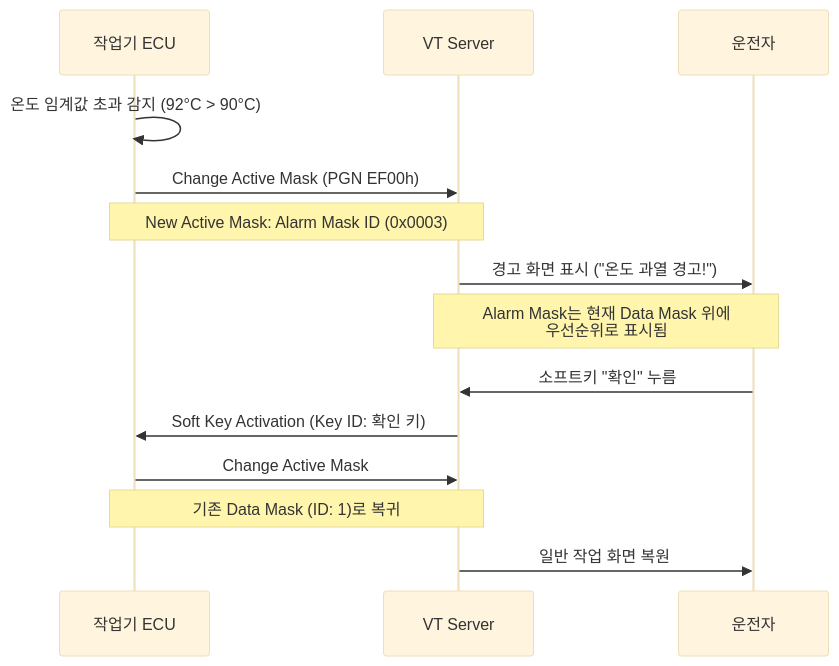
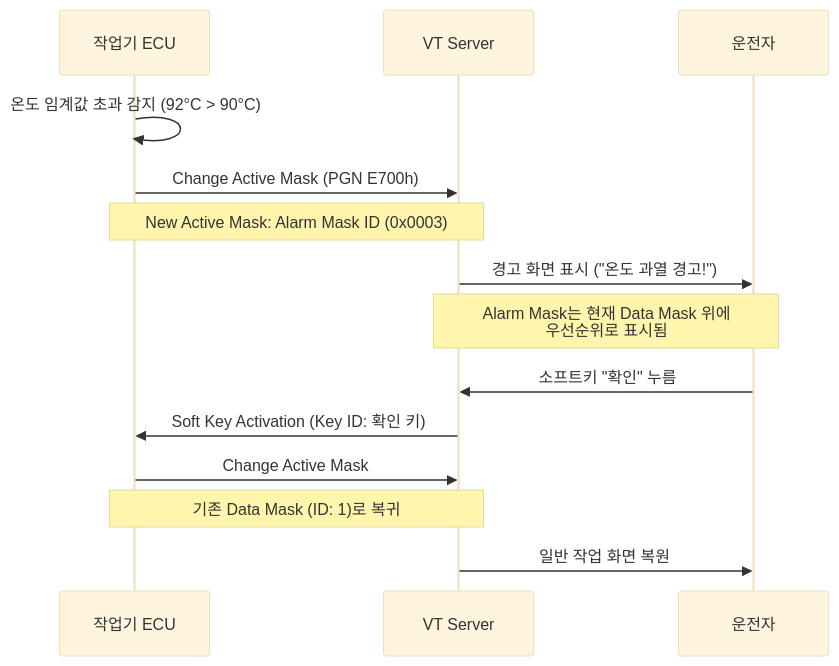
Before and after one commit to hobeen-kim/hobeen-kim.github.io: the second of 2 diagrams in docs/_study/isobus/17-vt-commands.md, drawn with Mermaid (base theme). The commit also changed other lines of this file and 18 other files, not shown here.

````diff
--- a/docs/_study/isobus/17-vt-commands.md
+++ b/docs/_study/isobus/17-vt-commands.md
@@ -191,23 +203,23 @@
 ```mermaid
 sequenceDiagram
     participant ECU as 작업기 ECU
     participant VT as VT Server
     participant User as 운전자
 
     ECU->>ECU: 온도 임계값 초과 감지 (92°C > 90°C)
 
-    ECU->>VT: Change Active Mask (PGN EF00h)
+    ECU->>VT: Change Active Mask (PGN E700h)
     Note over ECU, VT: New Active Mask: Alarm Mask ID (0x0003)
 
     VT->>User: 경고 화면 표시 ("온도 과열 경고!")
     Note over VT, User: Alarm Mask는 현재 Data Mask 위에<br>우선순위로 표시됨
 
     User->>VT: 소프트키 "확인" 누름
 
     VT->>ECU: Soft Key Activation (Key ID: 확인 키)
 
     ECU->>VT: Change Active Mask
     Note over ECU, VT: 기존 Data Mask (ID: 1)로 복귀
 
     VT->>User: 일반 작업 화면 복원
 ```
````
